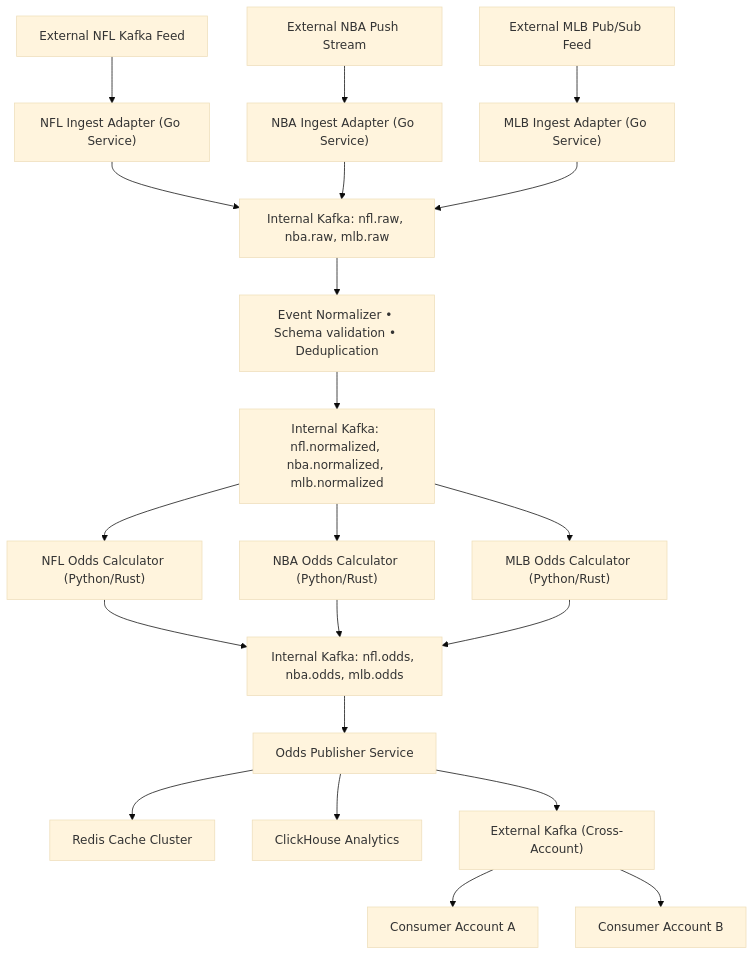
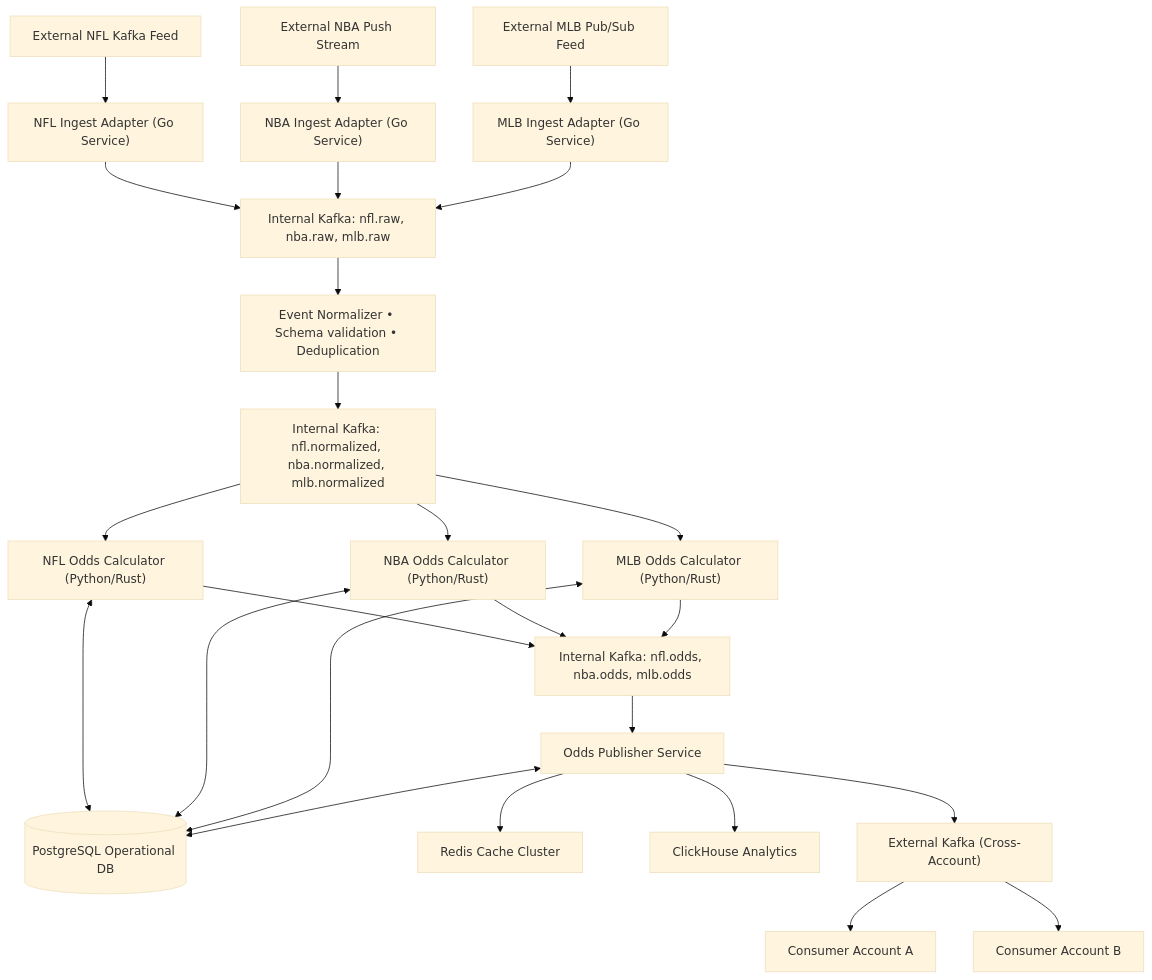
The diagram in README.md (cchmura/ud_assessment), drawn with Mermaid (base theme) before and after one commit.

````diff
--- a/README.md
+++ b/README.md
@@ -32,43 +32,54 @@
 ```mermaid
 flowchart TD
     %% External Feeds
     NFLKafka[External NFL Kafka Feed]
     NBAPush[External NBA Push Stream]
     MLBPubSub[External MLB Pub/Sub Feed]
 
     %% Adapters
     NFLKafka --> NFLIngest["NFL Ingest Adapter (Go Service)"]
     NBAPush --> NBAIngest["NBA Ingest Adapter (Go Service)"]
     MLBPubSub --> MLBIngest["MLB Ingest Adapter (Go Service)"]
 
     %% Internal Kafka (Raw Topics)
     NFLIngest --> RawKafka["Internal Kafka: nfl.raw, nba.raw, mlb.raw"]
     NBAIngest --> RawKafka
     MLBIngest --> RawKafka
 
     %% Processing Pipeline
     RawKafka --> Normalizer["Event Normalizer • Schema validation • Deduplication"]
     Normalizer --> NormKafka["Internal Kafka: nfl.normalized, nba.normalized, mlb.normalized"]
 
+    %% Operational Database (PostgreSQL)
+    PostgreSQL[(PostgreSQL Operational DB)]
+
     %% Odds Calculators
     NormKafka --> NFLOdds["NFL Odds Calculator (Python/Rust)"]
     NormKafka --> NBAOdds["NBA Odds Calculator (Python/Rust)"]
     NormKafka --> MLBOdds["MLB Odds Calculator (Python/Rust)"]
+
+    %% Odds Calculators interact with PostgreSQL (metadata)
+    NFLOdds <--> PostgreSQL
+    NBAOdds <--> PostgreSQL
+    MLBOdds <--> PostgreSQL
 
     %% Odds Kafka Topics (Calculated Odds)
     NFLOdds --> OddsKafka["Internal Kafka: nfl.odds, nba.odds, mlb.odds"]
     NBAOdds --> OddsKafka
     MLBOdds --> OddsKafka
     
     %% Publisher Service consuming Odds topics
     OddsKafka --> Publisher["Odds Publisher Service"]
+
+    %% Publisher interacts with PostgreSQL (state, config)
+    Publisher <--> PostgreSQL
 
     %% Output destinations
     Publisher --> Redis["Redis Cache Cluster"]
     Publisher --> ClickHouse["ClickHouse Analytics"]
     Publisher --> ExtKafka["External Kafka (Cross-Account)"]
     
     %% External Kafka consumers
     ExtKafka --> AccountA["Consumer Account A"]
     ExtKafka --> AccountB["Consumer Account B"]
 ```
````
